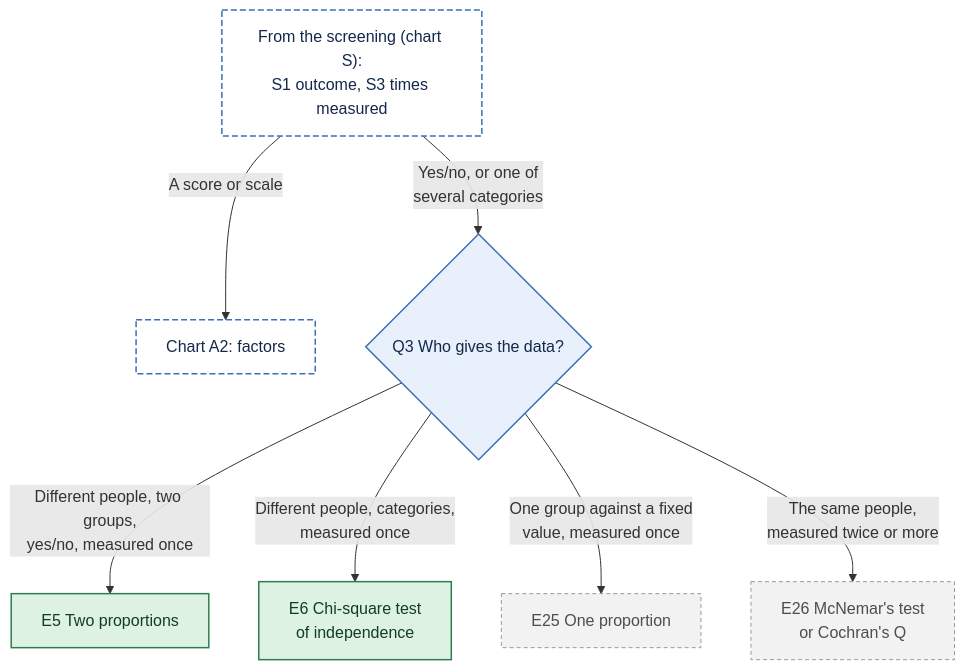
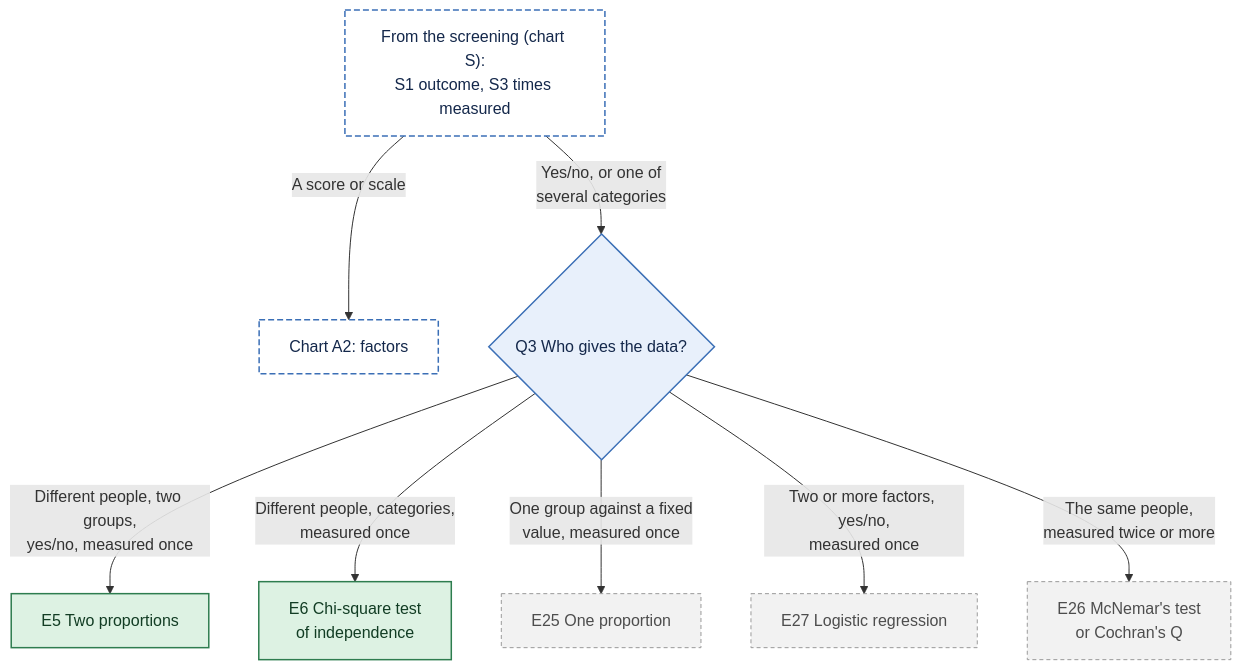
The diagram in docs/figures/decision-tree/A1-difference-outcome.mmd (JoelThornton/Powerkit), drawn with Mermaid before and after one commit. The commit also changed 7 other files, not shown here.

```diff
--- a/docs/figures/decision-tree/A1-difference-outcome.mmd
+++ b/docs/figures/decision-tree/A1-difference-outcome.mmd
@@ -1,17 +1,18 @@
 flowchart TD
   S["From the screening (chart S):<br/>S1 outcome, S3 times measured"]
   S -->|A score or scale| A2["Chart A2: factors"]
   S -->|Yes/no, or one of<br/>several categories| Q3y{"Q3 Who gives the data?"}
   Q3y -->|Different people, two groups,<br/>yes/no, measured once| E5["E5 Two proportions"]
   Q3y -->|Different people, categories,<br/>measured once| E6["E6 Chi-square test<br/>of independence"]
   Q3y -->|One group against a fixed<br/>value, measured once| E25["E25 One proportion"]
+  Q3y -->|Two or more factors, yes/no,<br/>measured once| E27["E27 Logistic regression"]
   Q3y -->|The same people,<br/>measured twice or more| E26["E26 McNemar's test<br/>or Cochran's Q"]
   class Q3y q
   class E5,E6 avail
-  class E25,E26 later
+  class E25,E26,E27 later
   class S,A2 jump
   classDef q fill:#E8F0FB,stroke:#3B6FB6,color:#14284B,stroke-width:1.5px
   classDef avail fill:#DDF2E3,stroke:#2E7D4F,color:#123D24,stroke-width:1.5px
   classDef spec fill:#FFF0D1,stroke:#B97A00,color:#4A3200,stroke-width:1.5px
   classDef later fill:#F2F2F2,stroke:#9A9A9A,color:#4D4D4D,stroke-width:1px,stroke-dasharray:4 3
   classDef jump fill:#FFFFFF,stroke:#3B6FB6,color:#14284B,stroke-width:1.5px,stroke-dasharray:6 3
```
